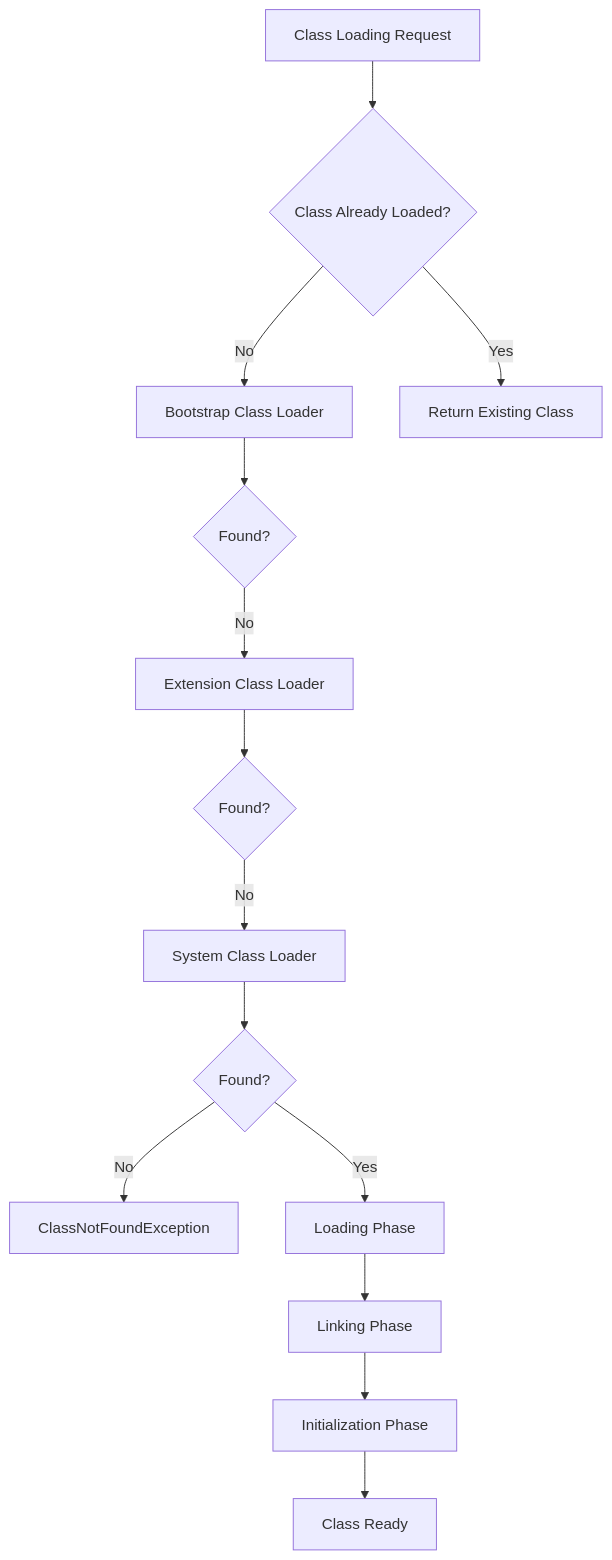
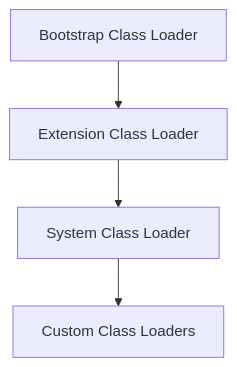
The diagram in jvm-internals-and-class-loading/README.md (VrushankPatel/interview-matters), drawn with Mermaid before and after one commit. The commit also changed other lines of this file and 6 other files, not shown here.

````diff
--- a/jvm-internals-and-class-loading/README.md
+++ b/jvm-internals-and-class-loading/README.md
@@ -58,16 +54,6 @@
 ```mermaid
 graph TD
-    A[Class Loading Request] --> B{Class Already Loaded?}
-    B -->|No| C[Bootstrap Class Loader]
-    C --> D{Found?}
-    D -->|No| E[Extension Class Loader]
-    E --> F{Found?}
-    F -->|No| G[System Class Loader]
-    G --> H{Found?}
-    H -->|No| I[ClassNotFoundException]
-    H -->|Yes| J[Loading Phase]
-    J --> K[Linking Phase]
-    K --> L[Initialization Phase]
-    L --> M[Class Ready]
-    B -->|Yes| N[Return Existing Class]
+    A[Bootstrap Class Loader] --> B[Extension Class Loader]
+    B --> C[System Class Loader]
+    C --> D[Custom Class Loaders]
 ```
````
